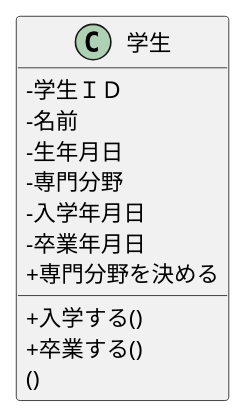
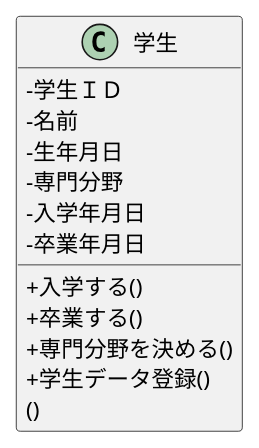
Before and after one commit to o-harahibiki0416/o-hara_uml: the diagram in lesson_sample/class.pu, drawn with PlantUML.

```diff
--- a/lesson_sample/class.pu
+++ b/lesson_sample/class.pu
@@ -1,16 +1,17 @@
 @startuml
 skinparam classAttributeIconSize 0
 class 学生 {
  -学生ＩＤ
  -名前
  -生年月日
  -専門分野
  -入学年月日
  -卒業年月日
  +入学する()
  +卒業する()
- +専門分野を決める
+ +専門分野を決める()
+ +学生データ登録()
  ()
 }
 
 @enduml
```
